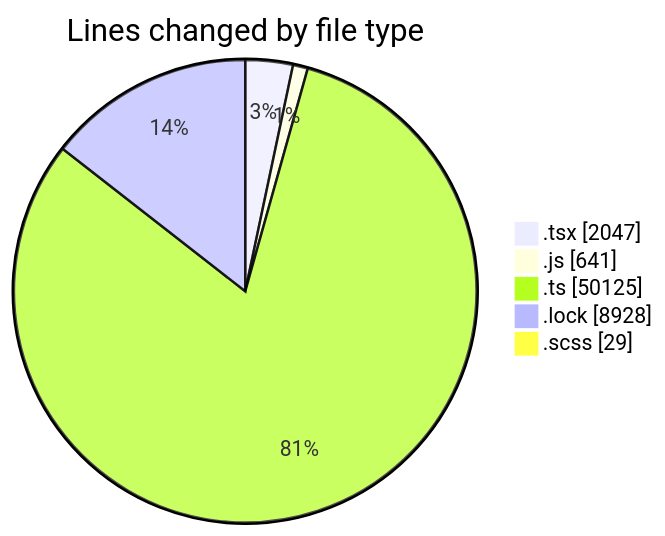
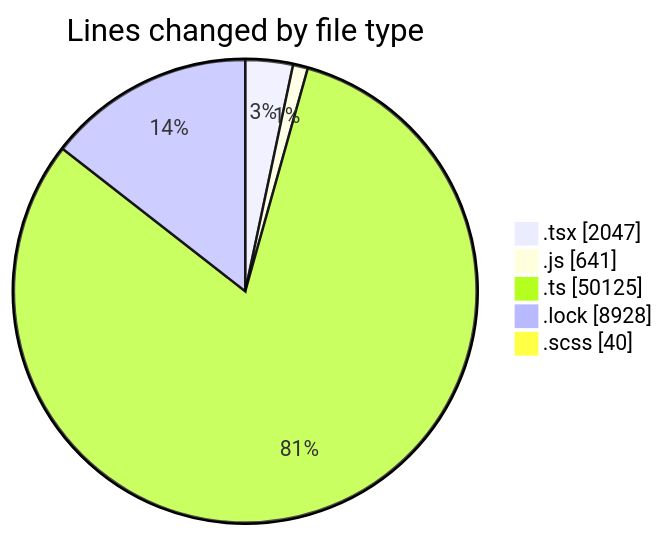
One commit to momahboobian/code-tracking changed the first of 2 diagrams in 2026-09-16/cda/README.md. Above: the diagram before and after it, drawn with Mermaid. The commit also changed other lines of this file and 1 other file, not shown here.

````diff
--- a/2026-09-16/cda/README.md
+++ b/2026-09-16/cda/README.md
@@ -55,9 +55,9 @@
 ```mermaid
 pie showData
 title Lines changed by file type
 ".tsx" : 2047
 ".js" : 641
 ".ts" : 50125
 ".lock" : 8928
-".scss" : 29
+".scss" : 40
 ```
````
